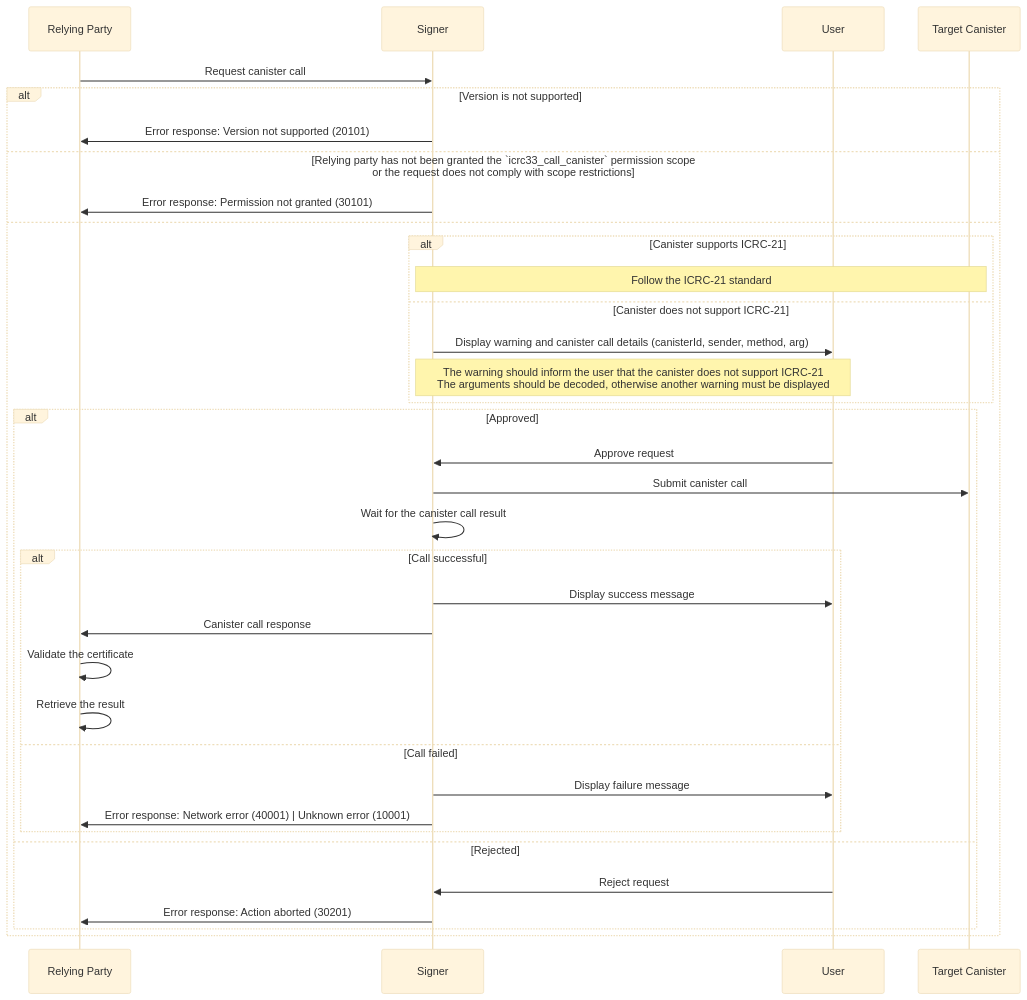
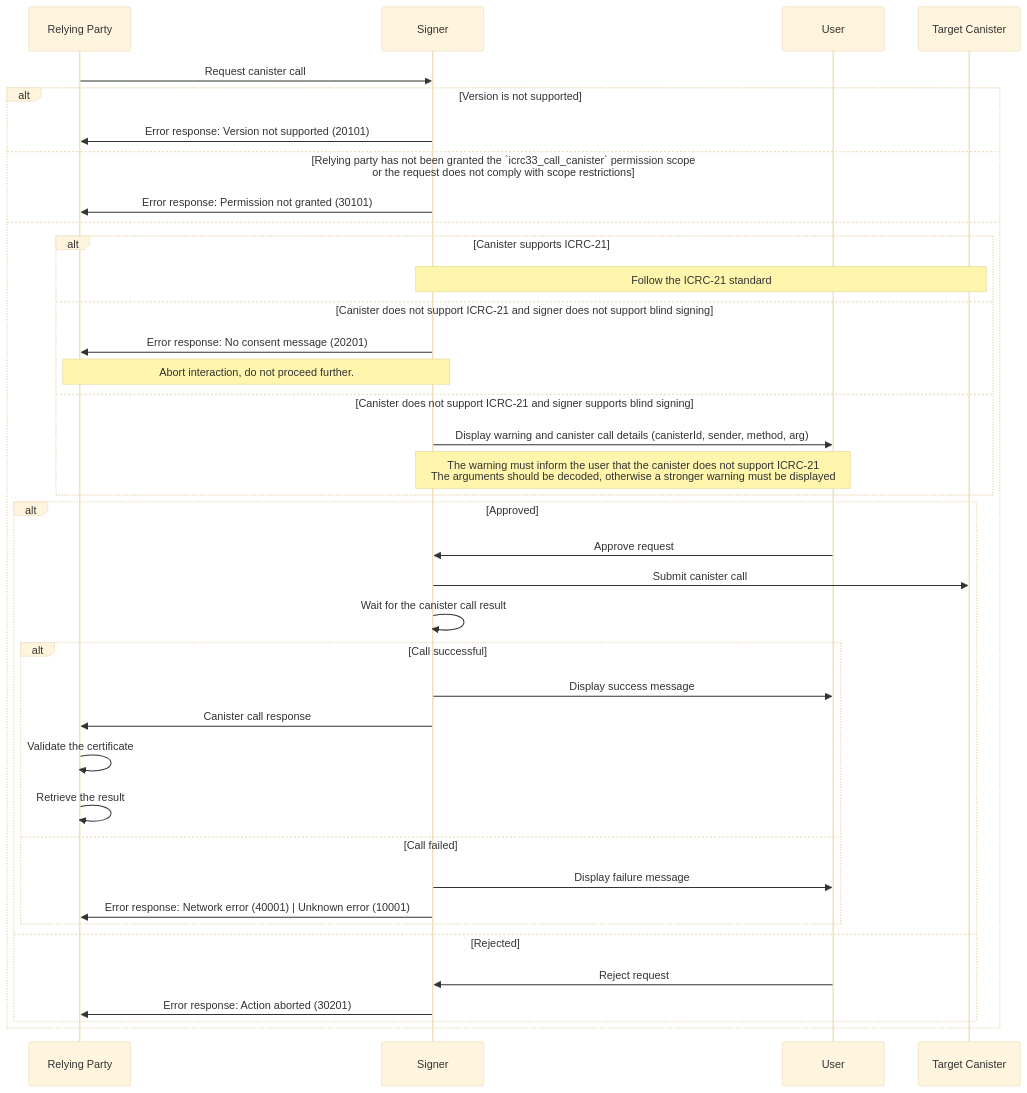
Before and after one commit to dfinity/wg-identity-authentication: the diagram in topics/icrc_33_call_canister.md, drawn with Mermaid (base theme). The commit also changed other lines of this file, not shown here.

First line of the commit message:
ICRC-33: Clarify blind signig and add stronger warning

````diff
--- a/topics/icrc_33_call_canister.md
+++ b/topics/icrc_33_call_canister.md
@@ -149,38 +153,41 @@
 ```mermaid
 sequenceDiagram
     participant RP as Relying Party
     participant S as Signer
     participant U as User
     participant C as Target Canister
 
     RP ->> S: Request canister call
     alt Version is not supported
         S ->> RP: Error response: Version not supported (20101)
     else Relying party has not been granted the `icrc33_call_canister` permission scope<br>or the request does not comply with scope restrictions
         S ->> RP: Error response: Permission not granted (30101)
     else
         alt Canister supports ICRC-21
             Note over S,C: Follow the ICRC-21 standard
-        else Canister does not support ICRC-21
+        else Canister does not support ICRC-21 and signer does not support blind signing
+            S ->> RP: Error response: No consent message (20201)
+            Note over RP,S: Abort interaction, do not proceed further.
+        else Canister does not support ICRC-21 and signer supports blind signing
             S ->> U: Display warning and canister call details (canisterId, sender, method, arg)
-            Note over S,U: The warning should inform the user that the canister does not support ICRC-21<br/>The arguments should be decoded, otherwise another warning must be displayed
+            Note over S,U: The warning must inform the user that the canister does not support ICRC-21<br/>The arguments should be decoded, otherwise a stronger warning must be displayed
         end
         alt Approved
             U ->> S: Approve request
             S ->> C: Submit canister call
             S ->> S: Wait for the canister call result
             alt Call successful
                 S ->> U: Display success message
                 S ->> RP: Canister call response
                 RP ->> RP: Validate the certificate
                 RP ->> RP: Retrieve the result
             else Call failed
                 S ->> U: Display failure message
                 S ->> RP: Error response: Network error (40001) | Unknown error (10001)
             end
         else Rejected
             U ->> S: Reject request
             S ->> RP: Error response: Action aborted (30201)
         end
     end
 ```
````
